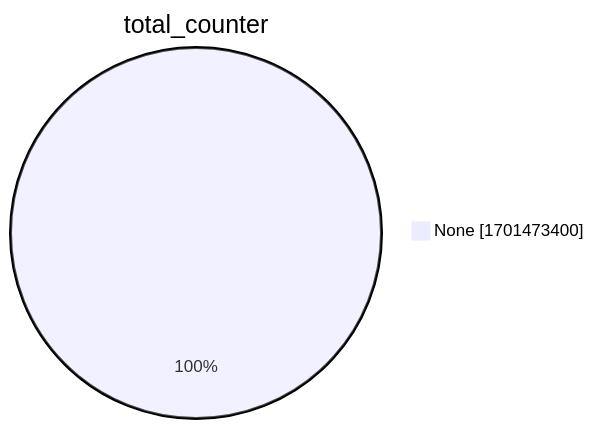
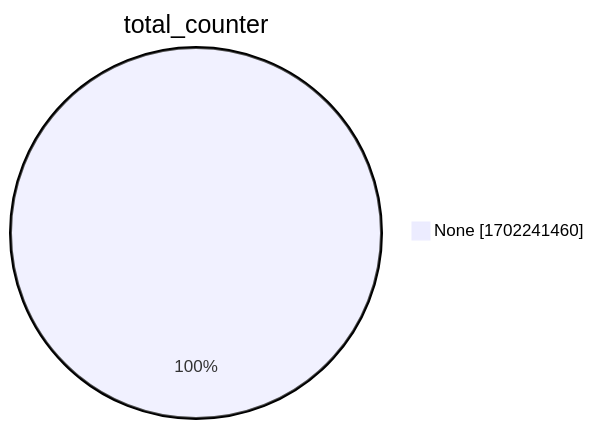
The second of 15 diagrams in xenon2022/README.md (christiankrug/ctmonitor_visualization), drawn with Mermaid before and after one commit. The commit also changed other lines of this file, not shown here.

````diff
--- a/xenon2022/README.md
+++ b/xenon2022/README.md
@@ -9,5 +9,5 @@
 ```mermaid
 pie showData
 title total_counter
-"None" :1701473400
+"None" :1702241460
 ```
````
